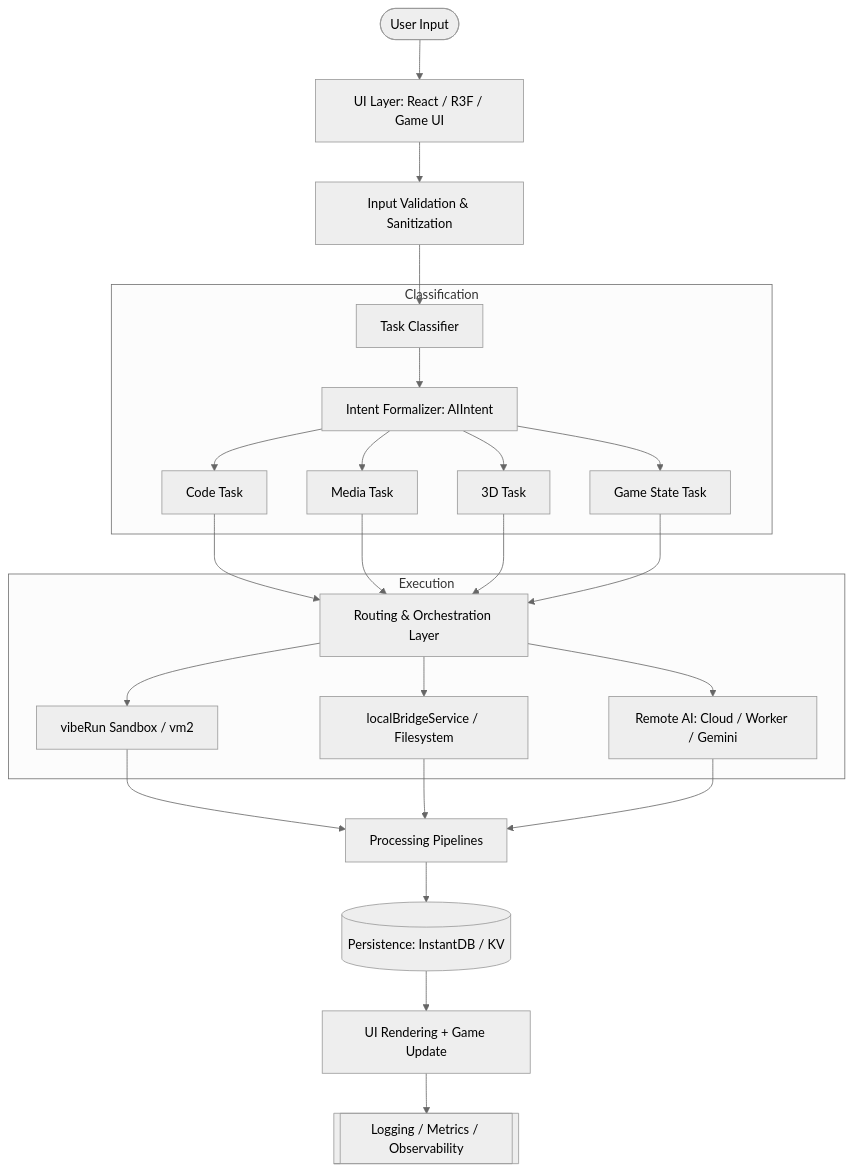
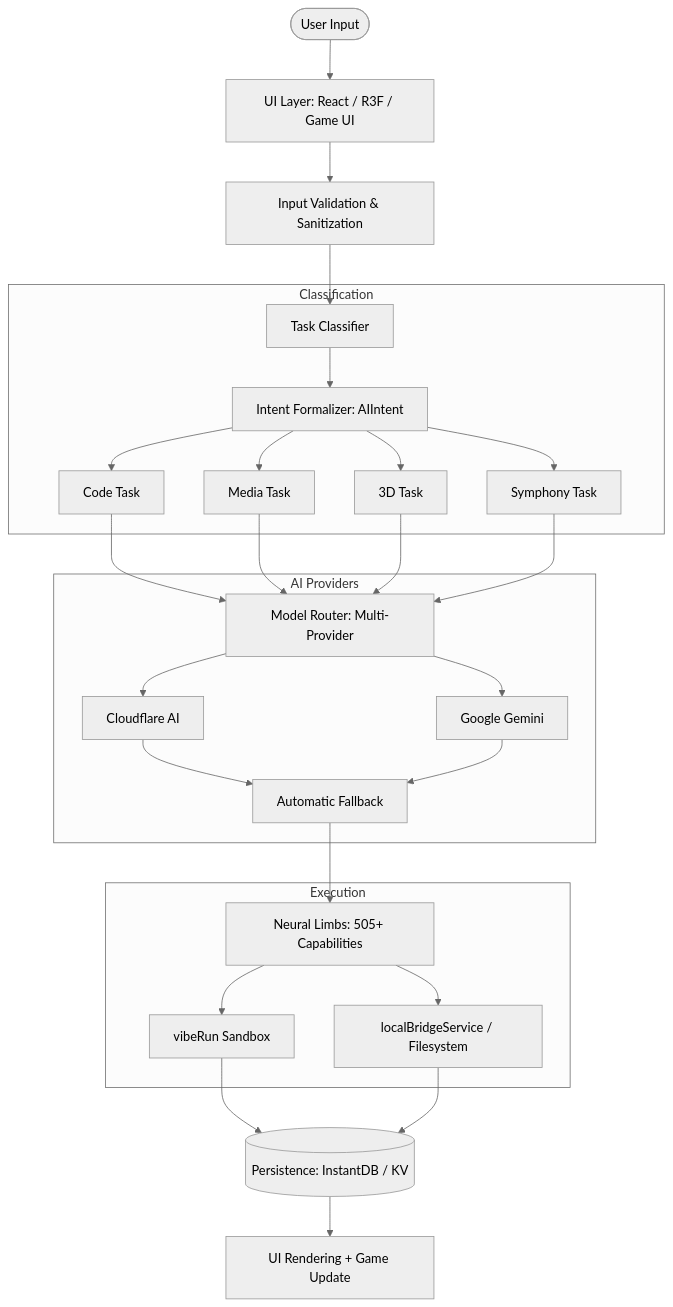
The first of 4 diagrams in architecture.md (Kbro1989/Willow-AI-Coding-Playground), drawn with Mermaid (neutral theme) before and after one commit. The commit also changed other lines of this file and 3 other files, not shown here.

Commit message:
Update all documentation: README, architecture, DEPLOY, API docs - reflect 17 limbs, 505+ capabilities, Agent Symphony

````diff
--- a/architecture.md
+++ b/architecture.md
@@ -7,27 +7,31 @@
 ```mermaid
 graph TD
     User([User Input]) --> UI[UI Layer: React / R3F / Game UI]
     UI --> Valid[Input Validation & Sanitization]
     Valid --> Class[Task Classifier]
     
     subgraph Classification
         Class --> Intent[Intent Formalizer: AIIntent]
         Intent --> CodeTask[Code Task]
         Intent --> MediaTask[Media Task]
         Intent --> 3DTask[3D Task]
-        Intent --> GameTask[Game State Task]
+        Intent --> AgentTask[Symphony Task]
     end
     
-    CodeTask & MediaTask & 3DTask & GameTask --> Router[Routing & Orchestration Layer]
+    CodeTask & MediaTask & 3DTask & AgentTask --> Router[Model Router: Multi-Provider]
+    
+    subgraph "AI Providers"
+        Router --> CF[Cloudflare AI]
+        Router --> Gemini[Google Gemini]
+        CF & Gemini --> Fallback[Automatic Fallback]
+    end
     
     subgraph Execution
-        Router --> Sandbox[vibeRun Sandbox / vm2]
-        Router --> Bridge[localBridgeService / Filesystem]
-        Router --> Remote[Remote AI: Cloud / Worker / Gemini]
+        Fallback --> Limbs[Neural Limbs: 505+ Capabilities]
+        Limbs --> Sandbox[vibeRun Sandbox]
+        Limbs --> Bridge[localBridgeService / Filesystem]
     end
     
-    Sandbox & Bridge & Remote --> Pipes[Processing Pipelines]
-    Pipes --> DB[(Persistence: InstantDB / KV)]
+    Sandbox & Bridge --> DB[(Persistence: InstantDB / KV)]
     DB --> Render[UI Rendering + Game Update]
-    Render --> Logs[[Logging / Metrics / Observability]]
 ```
````
